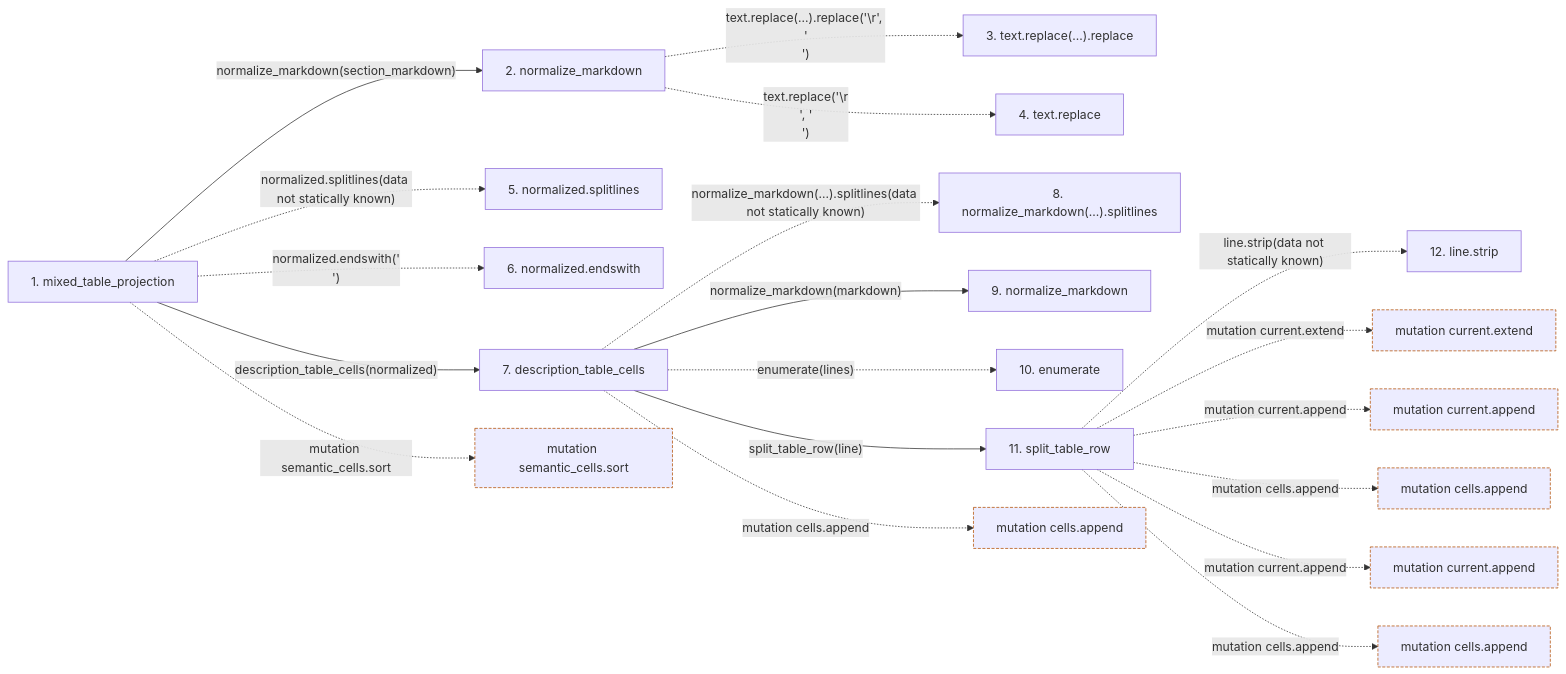
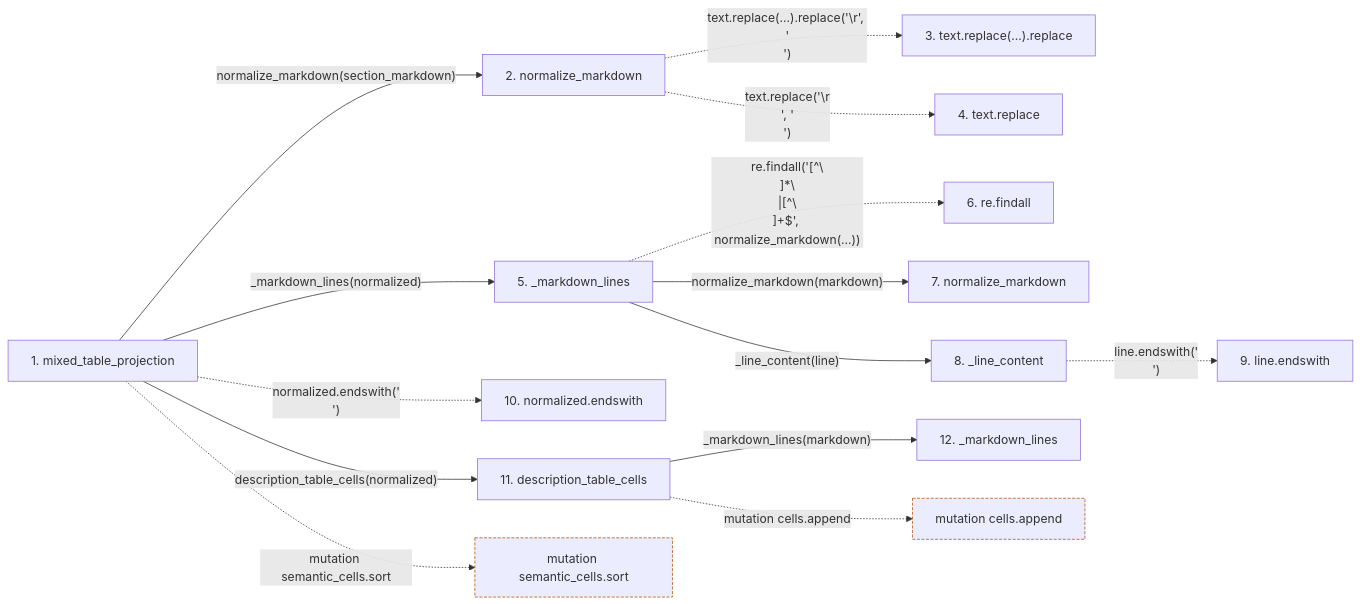
Before and after one commit to Denissvgn/python-wiki-llm: the second of 2 diagrams in docs/llm_wiki/flows/api-mixed_table_projection.md, drawn with Mermaid. The commit also changed other lines of this file and 292 other files, not shown here.

````diff
--- a/docs/llm_wiki/flows/api-mixed_table_projection.md
+++ b/docs/llm_wiki/flows/api-mixed_table_projection.md
@@ -96,53 +96,40 @@
 ```mermaid
 flowchart LR
     s1["1. mixed_table_projection"]
     s2["2. normalize_markdown"]
     s3["3. text.replace(…).replace"]
     s4["4. text.replace"]
-    s5["5. normalized.splitlines"]
-    s6["6. normalized.endswith"]
-    s7["7. description_table_cells"]
-    s8["8. normalize_markdown(…).splitlines"]
-    s9["9. normalize_markdown"]
-    s10["10. enumerate"]
-    s11["11. split_table_row"]
-    s12["12. line.strip"]
+    s5["5. _markdown_lines"]
+    s6["6. re.findall"]
+    s7["7. normalize_markdown"]
+    s8["8. _line_content"]
+    s9["9. line.endswith"]
+    s10["10. normalized.endswith"]
+    s11["11. description_table_cells"]
+    s12["12. _markdown_lines"]
     s1 -->|"normalize_markdown(section_markdown)"| s2
     s2 -. "text.replace(…).replace('\r', '\n')" .-> s3
     s2 -. "text.replace('\r\n', '\n')" .-> s4
-    s1 -. "normalized.splitlines(data not statically known)" .-> s5
-    s1 -. "normalized.endswith('\n')" .-> s6
-    s1 -->|"description_table_cells(normalized)"| s7
-    s7 -. "normalize_markdown(…).splitlines(data not statically known)" .-> s8
-    s7 -->|"normalize_markdown(markdown)"| s9
-    s7 -. "enumerate(lines)" .-> s10
-    s7 -->|"split_table_row(line)"| s11
-    s11 -. "line.strip(data not statically known)" .-> s12
+    s1 -->|"_markdown_lines(normalized)"| s5
+    s5 -. "re.findall('[^\\n]*\\n|[^\\n]+$', normalize_markdown(...))" .-> s6
+    s5 -->|"normalize_markdown(markdown)"| s7
+    s5 -->|"_line_content(line)"| s8
+    s8 -. "line.endswith('\n')" .-> s9
+    s1 -. "normalized.endswith('\n')" .-> s10
+    s1 -->|"description_table_cells(normalized)"| s11
+    s11 -->|"_markdown_lines(markdown)"| s12
     b0["mutation semantic_cells.sort"]
     s1 -. "mutation semantic_cells.sort" .-> b0
     b1["mutation cells.append"]
-    s7 -. "mutation cells.append" .-> b1
-    b2["mutation current.extend"]
-    s11 -. "mutation current.extend" .-> b2
-    b3["mutation current.append"]
-    s11 -. "mutation current.append" .-> b3
-    b4["mutation cells.append"]
-    s11 -. "mutation cells.append" .-> b4
-    b5["mutation current.append"]
-    s11 -. "mutation current.append" .-> b5
-    b6["mutation cells.append"]
-    s11 -. "mutation cells.append" .-> b6
+    s11 -. "mutation cells.append" .-> b1
     click s1 "../modules/markdown_sections.md"
     click s2 "../modules/markdown_sections.md"
+    click s5 "../modules/markdown_sections.md"
     click s7 "../modules/markdown_sections.md"
-    click s9 "../modules/markdown_sections.md"
+    click s8 "../modules/markdown_sections.md"
     click s11 "../modules/markdown_sections.md"
+    click s12 "../modules/markdown_sections.md"
     classDef boundary stroke:#b45309,stroke-dasharray: 4 2
     class b0 boundary
     class b1 boundary
-    class b2 boundary
-    class b3 boundary
-    class b4 boundary
-    class b5 boundary
-    class b6 boundary
 ```
````
